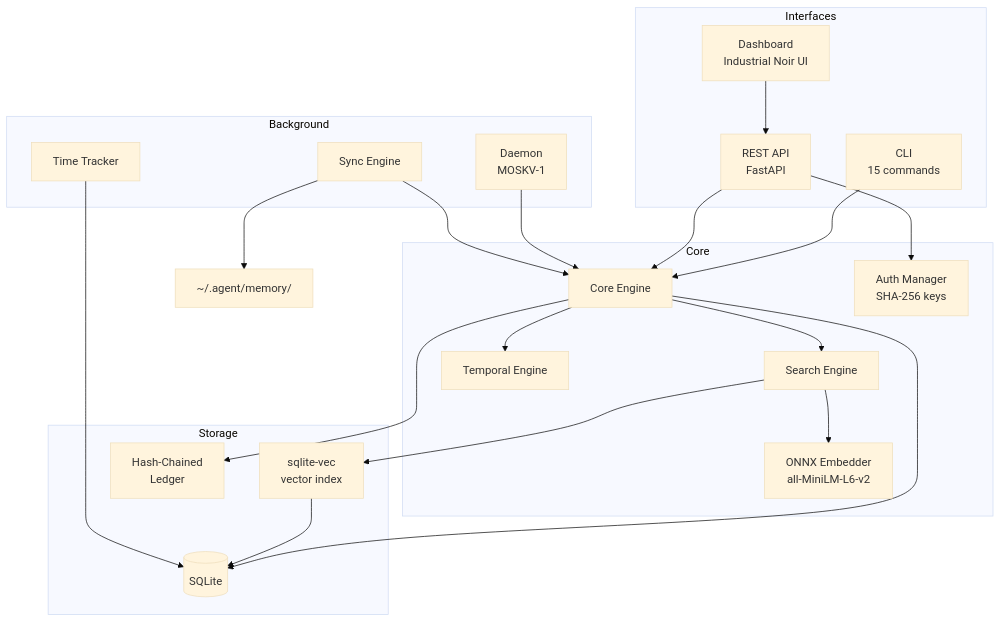
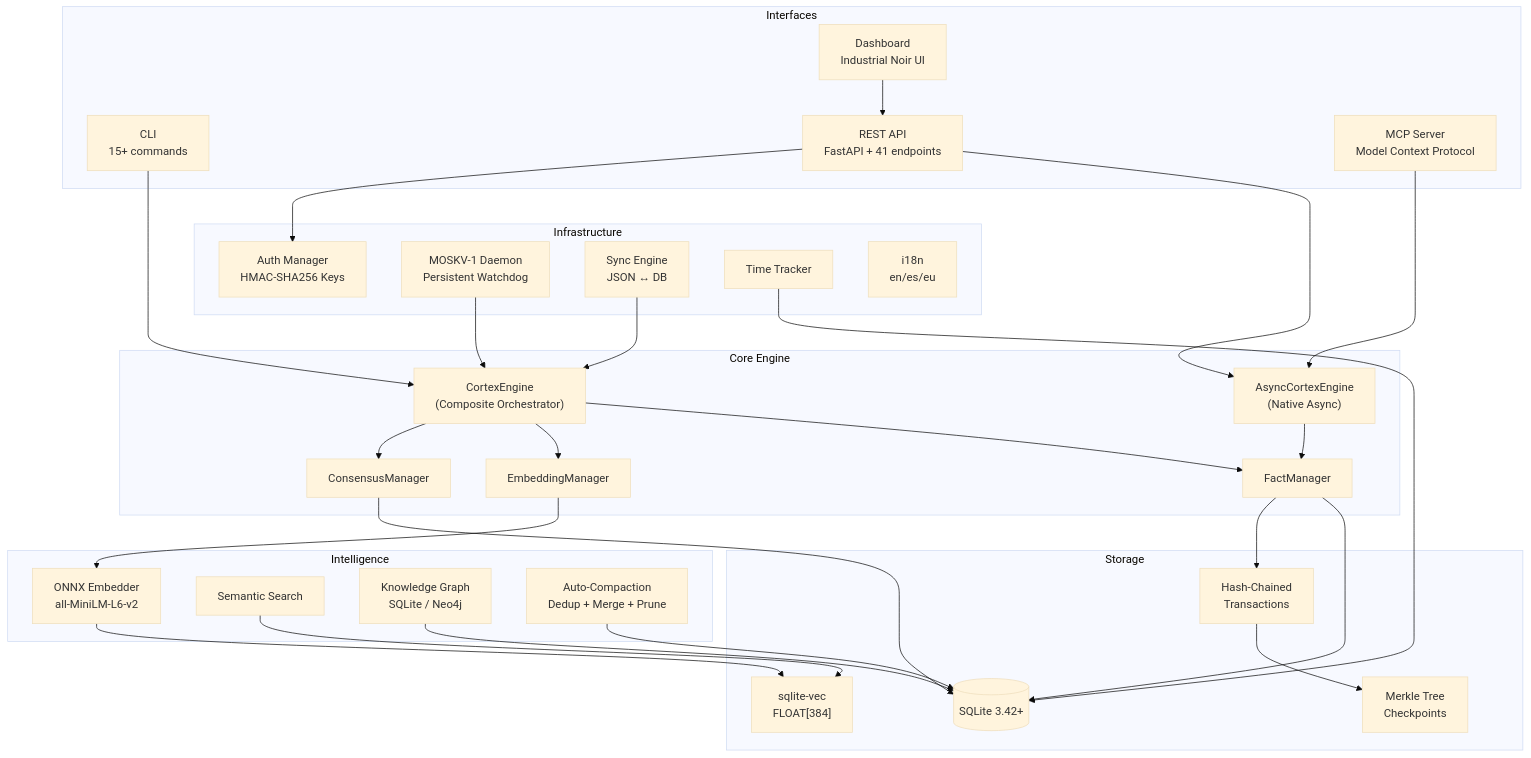
Before and after one commit to borjamoskv/cortex: the first of 4 diagrams in docs/architecture.md, drawn with Mermaid (base theme). The commit also changed other lines of this file and 195 other files, not shown here.

````diff
--- a/docs/architecture.md
+++ b/docs/architecture.md
@@ -7,47 +9,65 @@
 ```mermaid
 graph TB
     subgraph Interfaces
-        CLI[CLI<br/>15 commands]
-        API[REST API<br/>FastAPI]
-        Dashboard[Dashboard<br/>Industrial Noir UI]
+        CLI["CLI<br/>15+ commands"]
+        API["REST API<br/>FastAPI + 41 endpoints"]
+        MCP["MCP Server<br/>Model Context Protocol"]
+        Dashboard["Dashboard<br/>Industrial Noir UI"]
     end
 
-    subgraph Core
-        Engine[Core Engine]
-        Search[Search Engine]
-        Embedder[ONNX Embedder<br/>all-MiniLM-L6-v2]
-        Auth[Auth Manager<br/>SHA-256 keys]
-        Temporal[Temporal Engine]
+    subgraph Engine["Core Engine"]
+        CortexEngine["CortexEngine<br/>(Composite Orchestrator)"]
+        AsyncEngine["AsyncCortexEngine<br/>(Native Async)"]
+        FactManager["FactManager"]
+        EmbeddingManager["EmbeddingManager"]
+        ConsensusManager["ConsensusManager"]
     end
 
     subgraph Storage
-        SQLite[(SQLite)]
-        Vec[sqlite-vec<br/>vector index]
-        Ledger[Hash-Chained<br/>Ledger]
+        SQLite[("SQLite 3.42+")]
+        Vec["sqlite-vec<br/>FLOAT[384]"]
+        Ledger["Hash-Chained<br/>Transactions"]
+        Merkle["Merkle Tree<br/>Checkpoints"]
     end
 
-    subgraph Background
-        Daemon[Daemon<br/>MOSKV-1]
-        Sync[Sync Engine]
-        Timing[Time Tracker]
+    subgraph Intelligence
+        Embedder["ONNX Embedder<br/>all-MiniLM-L6-v2"]
+        Search["Semantic Search"]
+        Graph["Knowledge Graph<br/>SQLite / Neo4j"]
+        Compactor["Auto-Compaction<br/>Dedup + Merge + Prune"]
     end
 
-    CLI --> Engine
-    API --> Engine
-    API --> Auth
+    subgraph Infrastructure
+        Auth["Auth Manager<br/>HMAC-SHA256 Keys"]
+        Daemon["MOSKV-1 Daemon<br/>Persistent Watchdog"]
+        Sync["Sync Engine<br/>JSON ↔ DB"]
+        Timing["Time Tracker"]
+        i18n["i18n<br/>en/es/eu"]
+    end
+
+    CLI --> CortexEngine
+    API --> AsyncEngine
+    MCP --> AsyncEngine
     Dashboard --> API
 
-    Engine --> Search
-    Engine --> Temporal
-    Search --> Embedder
+    CortexEngine --> FactManager
+    CortexEngine --> EmbeddingManager
+    CortexEngine --> ConsensusManager
+    AsyncEngine --> FactManager
+
+    FactManager --> SQLite
+    FactManager --> Ledger
+    EmbeddingManager --> Embedder
+    Embedder --> Vec
+    ConsensusManager --> SQLite
+
     Search --> Vec
+    Graph --> SQLite
+    Compactor --> SQLite
+    Ledger --> Merkle
 
-    Engine --> SQLite
-    Engine --> Ledger
-    Vec --> SQLite
-
-    Daemon --> Engine
-    Sync --> Engine
+    API --> Auth
+    Daemon --> CortexEngine
+    Sync --> CortexEngine
     Timing --> SQLite
-    Sync --> JSON[~/.agent/memory/]
 ```
````
